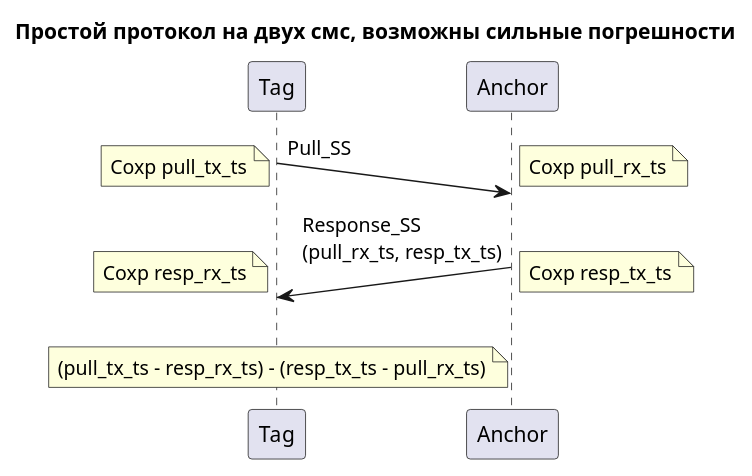
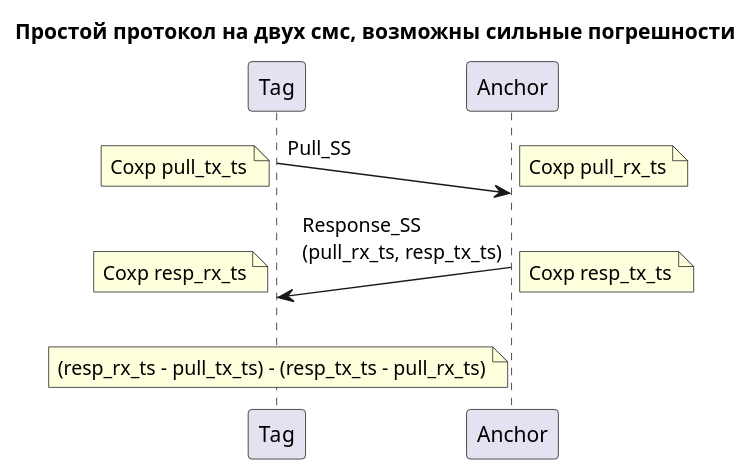
Before and after one commit to John-ik/NodeMCU_BU01_DW1000: the diagram in docs/diagram/src/dist_2sms_one.puml, drawn with PlantUML. The commit also changed 1 other file, not shown here.

```diff
--- a/docs/diagram/src/dist_2sms_one.puml
+++ b/docs/diagram/src/dist_2sms_one.puml
@@ -1,23 +1,23 @@
 @startuml dist_2sms_one
 
 title Простой протокол на двух смс, возможны сильные погрешности
 
 Tag ->(20) Anchor : Pull_SS
 note left 
     Сохр pull_tx_ts
 end note
 note right
     Сохр pull_rx_ts
 end note
 
 Anchor ->(20) Tag : Response_SS\n(pull_rx_ts, resp_tx_ts)
 note left
     Сохр resp_rx_ts
 end note
 note right
     Сохр resp_tx_ts
 end note
 note over Tag
-    (pull_tx_ts - resp_rx_ts) - (resp_tx_ts - pull_rx_ts)
+    (resp_rx_ts - pull_tx_ts) - (resp_tx_ts - pull_rx_ts)
 end note
 @enduml
```
